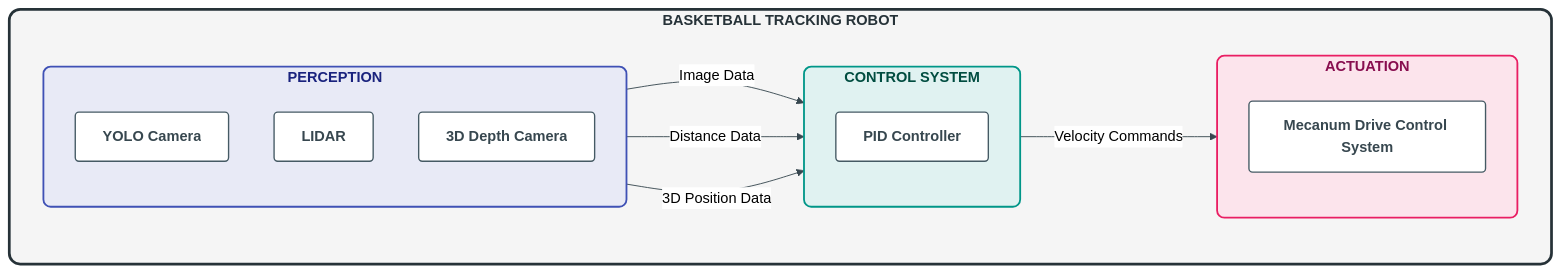
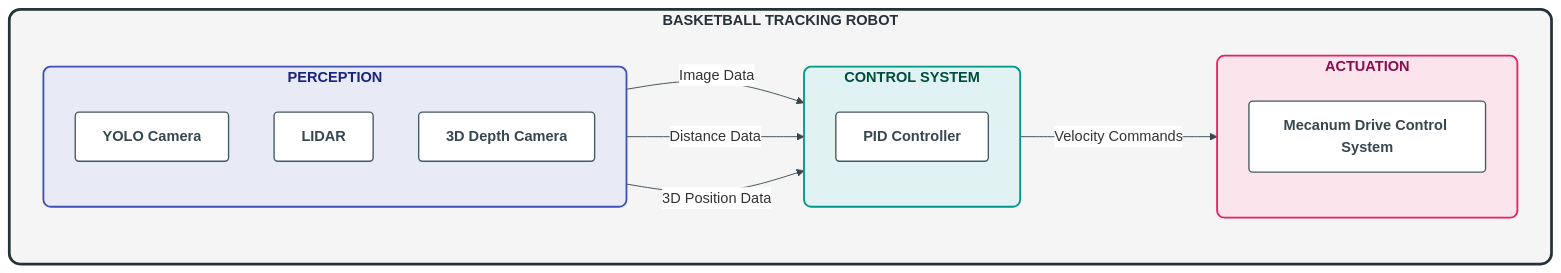
The ninth of 19 diagrams in ros2_ball_chase_ws/docs/PidController.md (acoderu/BallChase), drawn with Mermaid before and after one commit. The commit also changed other lines of this file and 3 other files, not shown here.

````diff
--- a/ros2_ball_chase_ws/docs/PidController.md
+++ b/ros2_ball_chase_ws/docs/PidController.md
@@ -1056,43 +1073,43 @@
 ```mermaid
-%%{init: {"theme": "neutral", "themeVariables": {"fontSize": "16px", "primaryColor": "#3f51b5", "primaryTextColor": "#ffffff", "secondaryColor": "#009688", "secondaryTextColor": "#ffffff", "tertiaryColor": "#e91e63", "tertiaryTextColor": "#ffffff", "lineColor": "#37474f"}}}%%
+%%{init: {"theme": "neutral", "themeVariables": {"lineColor": "#333333", "textColor": "#333333", "labelTextColor": "#000000", "labelColor": "#000000", "fontSize": "16px", "primaryColor": "#3f51b5", "primaryTextColor": "#ffffff", "secondaryColor": "#009688", "secondaryTextColor": "#ffffff", "tertiaryColor": "#e91e63", "tertiaryTextColor": "#ffffff", "lineColor": "#37474f"}}}%%
 flowchart TD
     subgraph BASKETBALL_TRACKING_ROBOT["BASKETBALL TRACKING ROBOT"]
         direction LR
         
         subgraph PERCEPTION["PERCEPTION"]
             direction TB
             YOLO["YOLO Camera"]
             LIDAR["LIDAR"]
             DEPTH["3D Depth Camera"]
         end
         
         subgraph CONTROL["CONTROL SYSTEM"]
             direction TB
             PID["PID Controller"]
         end
         
         subgraph ACTUATION["ACTUATION"]
             direction TB
             MECANUM["Mecanum Drive Control System"]
         end
         
         YOLO --> |Image Data| PID
         LIDAR --> |Distance Data| PID
         DEPTH --> |3D Position Data| PID
         
         PID --> |Velocity Commands| MECANUM
     end
     
     %% Enhanced color scheme for much better readability
     classDef mainSystem fill:#f5f5f5,stroke:#263238,stroke-width:3px,rx:12,ry:12,color:#263238,font-weight:bold
     classDef perceptionModule fill:#e8eaf6,stroke:#3f51b5,stroke-width:2px,rx:8,ry:8,color:#1a237e,font-weight:bold
     classDef controlModule fill:#e0f2f1,stroke:#009688,stroke-width:2px,rx:8,ry:8,color:#004d40,font-weight:bold
     classDef actuationModule fill:#fce4ec,stroke:#e91e63,stroke-width:2px,rx:8,ry:8,color:#880e4f,font-weight:bold
     classDef componentNode fill:#ffffff,stroke:#455a64,stroke-width:1.5px,rx:4,ry:4,color:#37474f,font-weight:bold
     
     class BASKETBALL_TRACKING_ROBOT mainSystem
     class PERCEPTION perceptionModule
     class CONTROL controlModule
     class ACTUATION actuationModule
     class YOLO,LIDAR,DEPTH,PID,MECANUM componentNode
 ```
````
